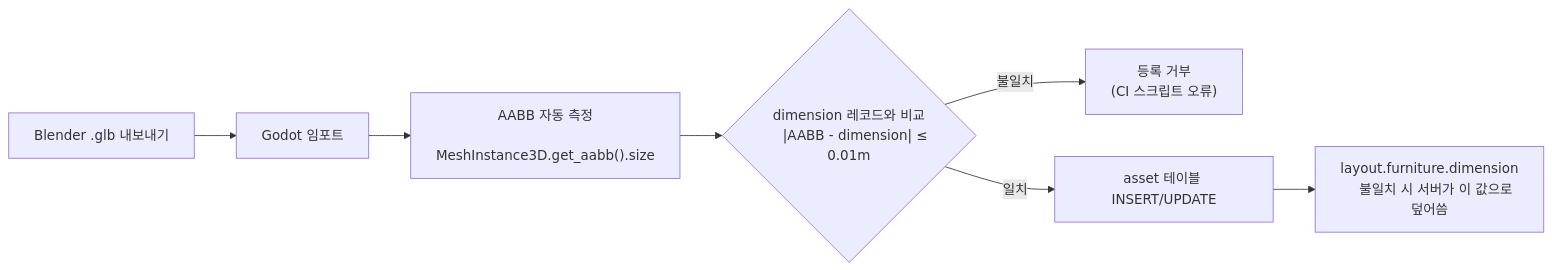
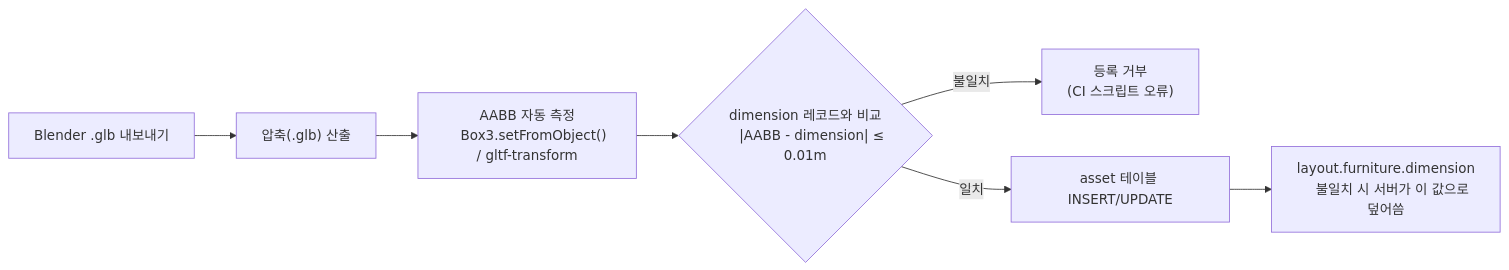
Before and after one commit to choiwjun/virtualoffice_new: the diagram in docs/3d-design/asset-registry.md, drawn with Mermaid. The commit also changed other lines of this file and 739 other files, not shown here.

````diff
--- a/docs/3d-design/asset-registry.md
+++ b/docs/3d-design/asset-registry.md
@@ -407,13 +457,13 @@
 ```mermaid
 flowchart LR
-    A["Blender .glb 내보내기"] --> B["Godot 임포트"]
+    A["Blender .glb 내보내기"] --> B["압축(.glb) 산출"]
     B --> C["AABB 자동 측정
-    MeshInstance3D.get_aabb().size"]
+    Box3.setFromObject() / gltf-transform"]
     C --> D{"dimension 레코드와 비교
     |AABB - dimension| ≤ 0.01m"}
     D -- "불일치" --> E["등록 거부
     (CI 스크립트 오류)"]
     D -- "일치" --> F["asset 테이블 INSERT/UPDATE"]
     F --> G["layout.furniture.dimension
     불일치 시 서버가 이 값으로 덮어씀"]
 ```
````
